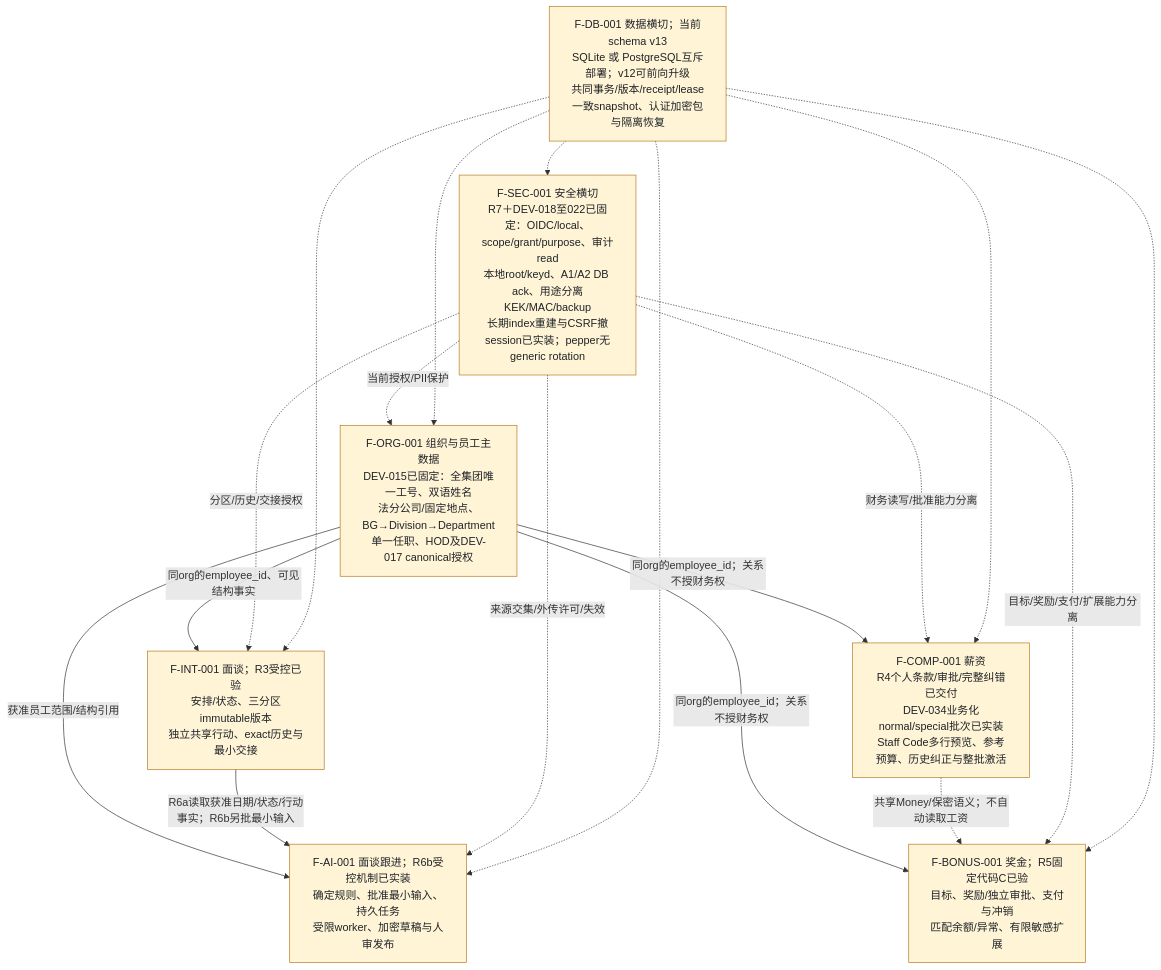
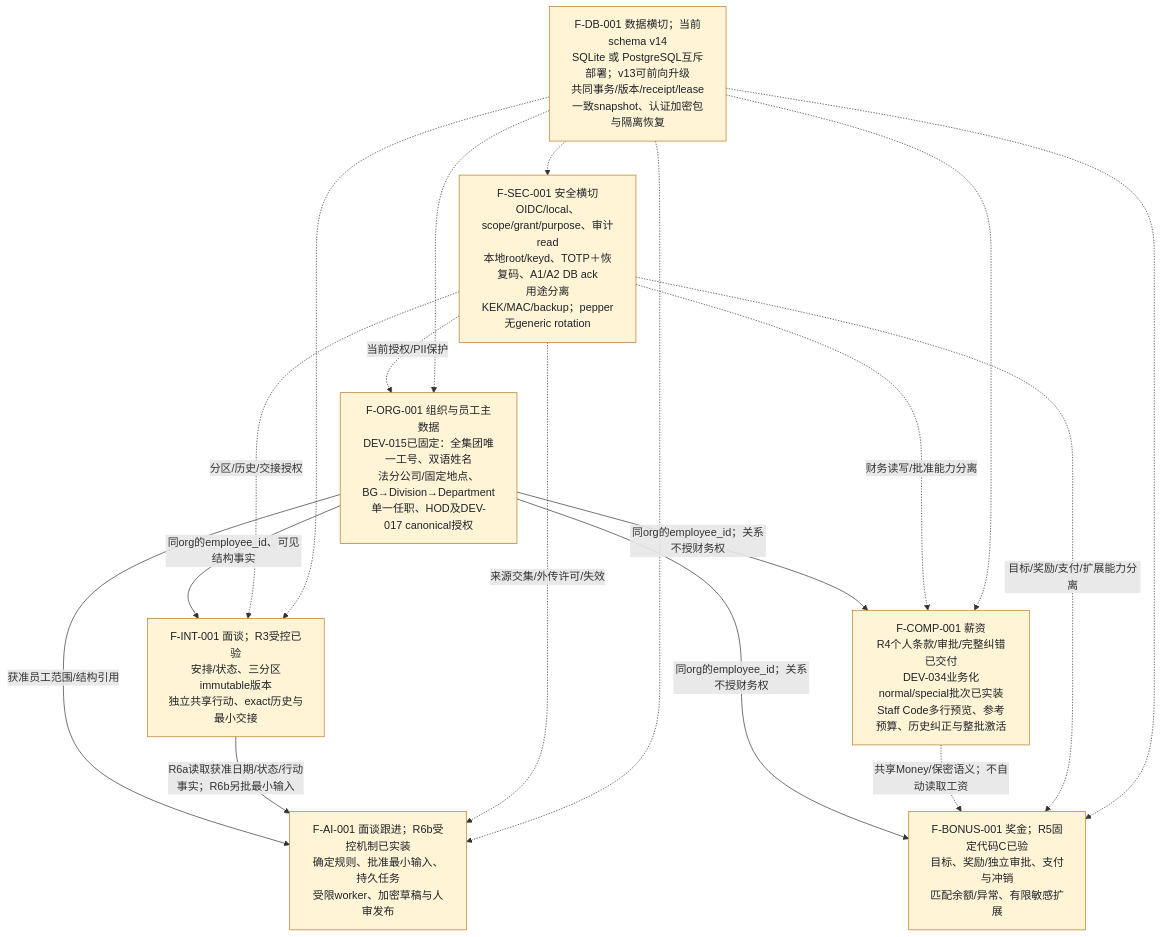
The first of 13 diagrams in docs/FUNCTIONAL_SPEC.md (r404r/team-ledger-pub), drawn with Mermaid before and after one commit. The commit also changed other lines of this file and 11 other files, not shown here.

Commit message:
feat: complete local totp deployment

````diff
--- a/docs/FUNCTIONAL_SPEC.md
+++ b/docs/FUNCTIONAL_SPEC.md
@@ -16,30 +16,30 @@
 ```mermaid
 flowchart TB
     org["F-ORG-001 组织与员工主数据<br/>DEV-015已固定：全集团唯一工号、双语姓名<br/>法分公司/固定地点、BG→Division→Department<br/>单一任职、HOD及DEV-017 canonical授权"]
     interview["F-INT-001 面谈；R3受控已验<br/>安排/状态、三分区immutable版本<br/>独立共享行动、exact历史与最小交接"]
     comp["F-COMP-001 薪资<br/>R4个人条款/审批/完整纠错已交付<br/>DEV-034业务化normal/special批次已实装<br/>Staff Code多行预览、参考预算、历史纠正与整批激活"]
     bonus["F-BONUS-001 奖金；R5固定代码C已验<br/>目标、奖励/独立审批、支付与冲销<br/>匹配余额/异常、有限敏感扩展"]
     ai["F-AI-001 面谈跟进；R6b受控机制已实装<br/>确定规则、批准最小输入、持久任务<br/>受限worker、加密草稿与人审发布"]
-    sec["F-SEC-001 安全横切<br/>R7＋DEV-018至022已固定：OIDC/local、scope/grant/purpose、审计read<br/>本地root/keyd、A1/A2 DB ack、用途分离KEK/MAC/backup<br/>长期index重建与CSRF撤session已实装；pepper无generic rotation"]
-    db["F-DB-001 数据横切；当前schema v13<br/>SQLite 或 PostgreSQL互斥部署；v12可前向升级<br/>共同事务/版本/receipt/lease<br/>一致snapshot、认证加密包与隔离恢复"]
+    sec["F-SEC-001 安全横切<br/>OIDC/local、scope/grant/purpose、审计read<br/>本地root/keyd、TOTP＋恢复码、A1/A2 DB ack<br/>用途分离KEK/MAC/backup；pepper无generic rotation"]
+    db["F-DB-001 数据横切；当前schema v14<br/>SQLite 或 PostgreSQL互斥部署；v13可前向升级<br/>共同事务/版本/receipt/lease<br/>一致snapshot、认证加密包与隔离恢复"]
     org -->|"同org的employee_id、可见结构事实"| interview
     org -->|"同org的employee_id；关系不授财务权"| comp
     org -->|"同org的employee_id；关系不授财务权"| bonus
     org -->|"获准员工范围/结构引用"| ai
     interview -->|"R6a读取获准日期/状态/行动事实；R6b另批最小输入"| ai
     comp -.->|"共享Money/保密语义；不自动读取工资"| bonus
     sec -.->|"当前授权/PII保护"| org
     sec -.->|"分区/历史/交接授权"| interview
     sec -.->|"财务读写/批准能力分离"| comp
     sec -.->|"目标/奖励/支付/扩展能力分离"| bonus
     sec -.->|"来源交集/外传许可/失效"| ai
     db -.-> org
     db -.-> interview
     db -.-> comp
     db -.-> bonus
     db -.-> ai
     db -.-> sec
     classDef partial fill:#fff4d6,stroke:#b7791f,color:#1f2328;
     classDef planned fill:#eef2ff,stroke:#64748b,color:#1f2328;
     class org,interview,comp,bonus,ai,sec,db partial;
 ```
````
